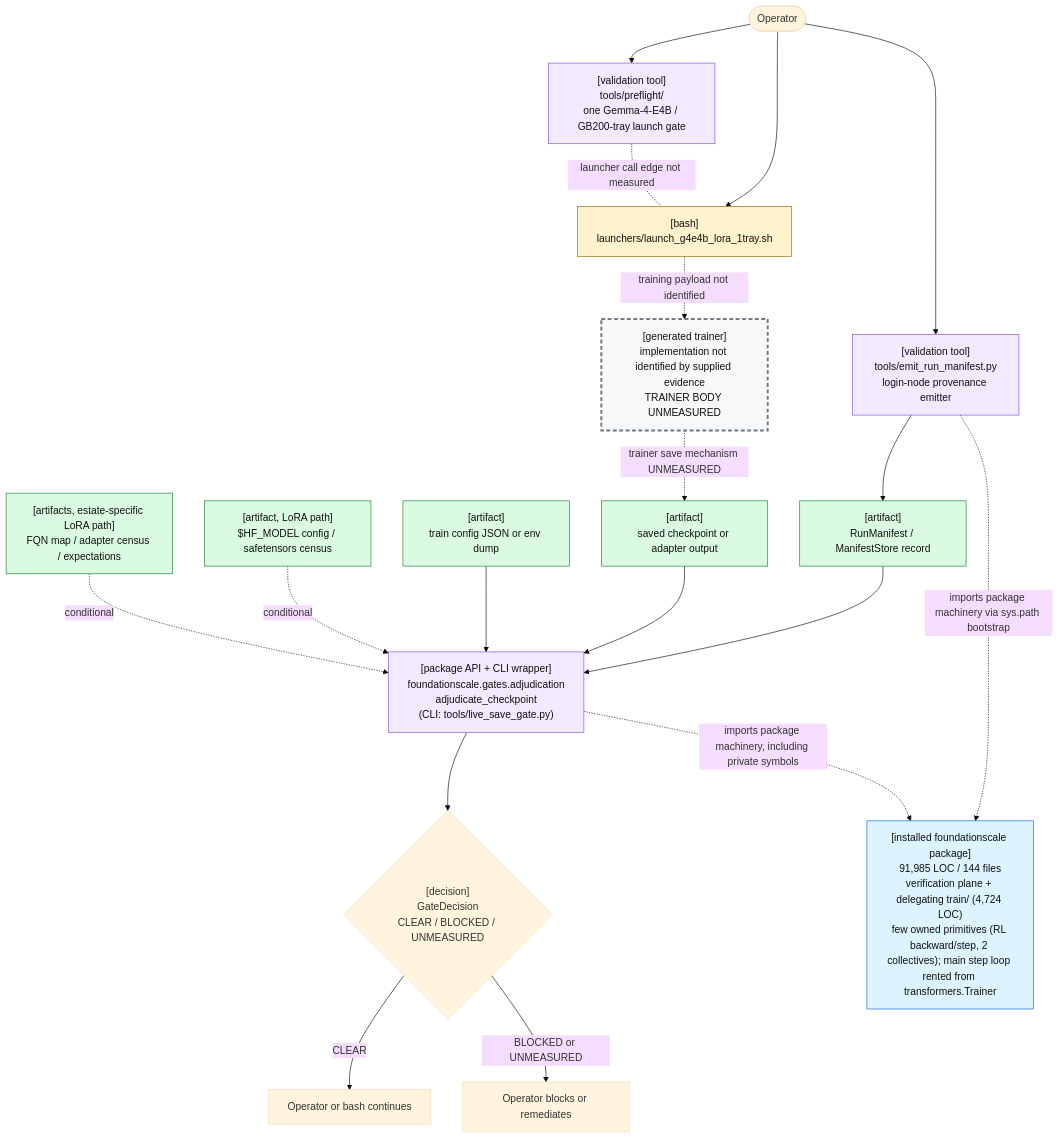
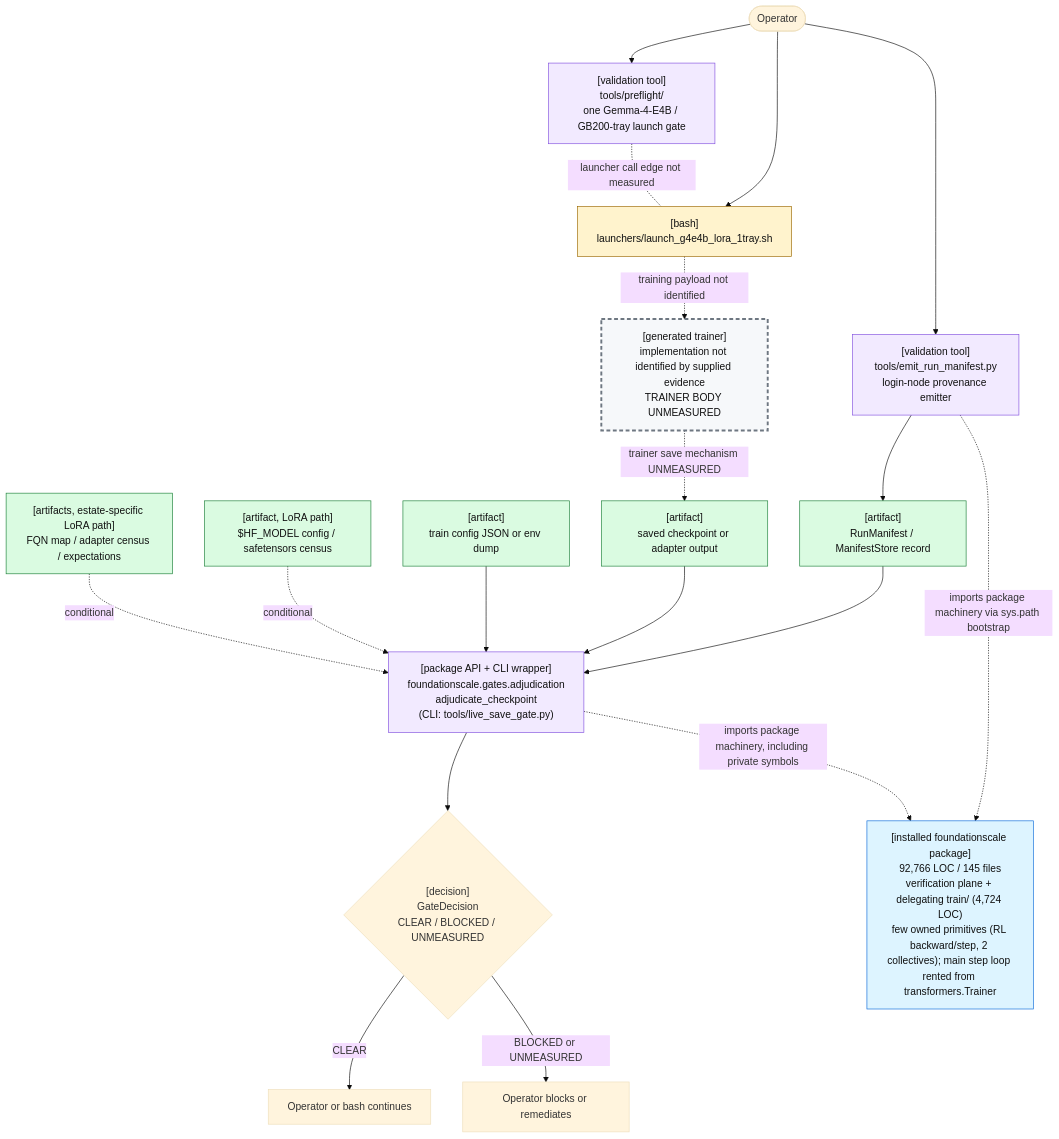
Before and after one commit to TranNhiem/FoundationScale: the first of 2 diagrams in docs/review/D2_current_architecture.md, drawn with Mermaid (base theme). The commit also changed other lines of this file and 22 other files, not shown here.

````diff
--- a/docs/review/D2_current_architecture.md
+++ b/docs/review/D2_current_architecture.md
@@ -25,59 +25,59 @@
 ```mermaid
 flowchart TB
   O(["Operator"])
 
   PF["[validation tool]<br/>tools/preflight/<br/>one Gemma-4-E4B / GB200-tray launch gate"]
   L["[bash]<br/>launchers/launch_g4e4b_lora_1tray.sh"]
 
   E["[validation tool]<br/>tools/emit_run_manifest.py<br/>login-node provenance emitter"]
   M["[artifact]<br/>RunManifest / ManifestStore record"]
 
   T["[generated trainer]<br/>implementation not identified by supplied evidence<br/>TRAINER BODY UNMEASURED"]
   C["[artifact]<br/>saved checkpoint or adapter output"]
 
   G["[package API + CLI wrapper]<br/>foundationscale.gates.adjudication<br/>adjudicate_checkpoint<br/>(CLI: tools/live_save_gate.py)"]
   CFG["[artifact]<br/>train config JSON or env dump"]
   BASE["[artifact, LoRA path]<br/>$HF_MODEL config / safetensors census"]
   CEN["[artifacts, estate-specific LoRA path]<br/>FQN map / adapter census / expectations"]
 
   D{"[decision]<br/>GateDecision<br/>CLEAR / BLOCKED / UNMEASURED"}
   OK["Operator or bash continues"]
   NO["Operator blocks or remediates"]
 
-  PKG["[installed foundationscale package]<br/>91,985 LOC / 144 files<br/>verification plane + delegating train/ (4,724 LOC)<br/>few owned primitives (RL backward/step, 2 collectives); main step loop rented from transformers.Trainer"]
+  PKG["[installed foundationscale package]<br/>92,766 LOC / 145 files<br/>verification plane + delegating train/ (4,724 LOC)<br/>few owned primitives (RL backward/step, 2 collectives); main step loop rented from transformers.Trainer"]
 
   O --> PF
   O --> L
   PF -. "launcher call edge not measured" .- L
 
   O --> E
   E --> M
 
   L -. "training payload not identified" .-> T
   T -. "trainer save mechanism UNMEASURED" .-> C
 
   M --> G
   C --> G
   CFG --> G
   BASE -. "conditional" .-> G
   CEN -. "conditional" .-> G
 
   E -. "imports package machinery via sys.path bootstrap" .-> PKG
   G -. "imports package machinery, including private symbols" .-> PKG
 
   G --> D
   D -->|"CLEAR"| OK
   D -->|"BLOCKED or UNMEASURED"| NO
 
   classDef bash fill:#fff3cd,stroke:#9a6700,color:#111;
   classDef tool fill:#f2eaff,stroke:#8250df,color:#111;
   classDef artifact fill:#dafbe1,stroke:#1a7f37,color:#111;
   classDef gap fill:#f6f8fa,stroke:#6e7781,stroke-width:3px,stroke-dasharray: 6 4,color:#111;
   classDef pkg fill:#ddf4ff,stroke:#0969da,color:#111;
 
   class L bash;
   class PF,E,G tool;
   class M,C,CFG,BASE,CEN artifact;
   class T gap;
   class PKG pkg;
 ```
````
